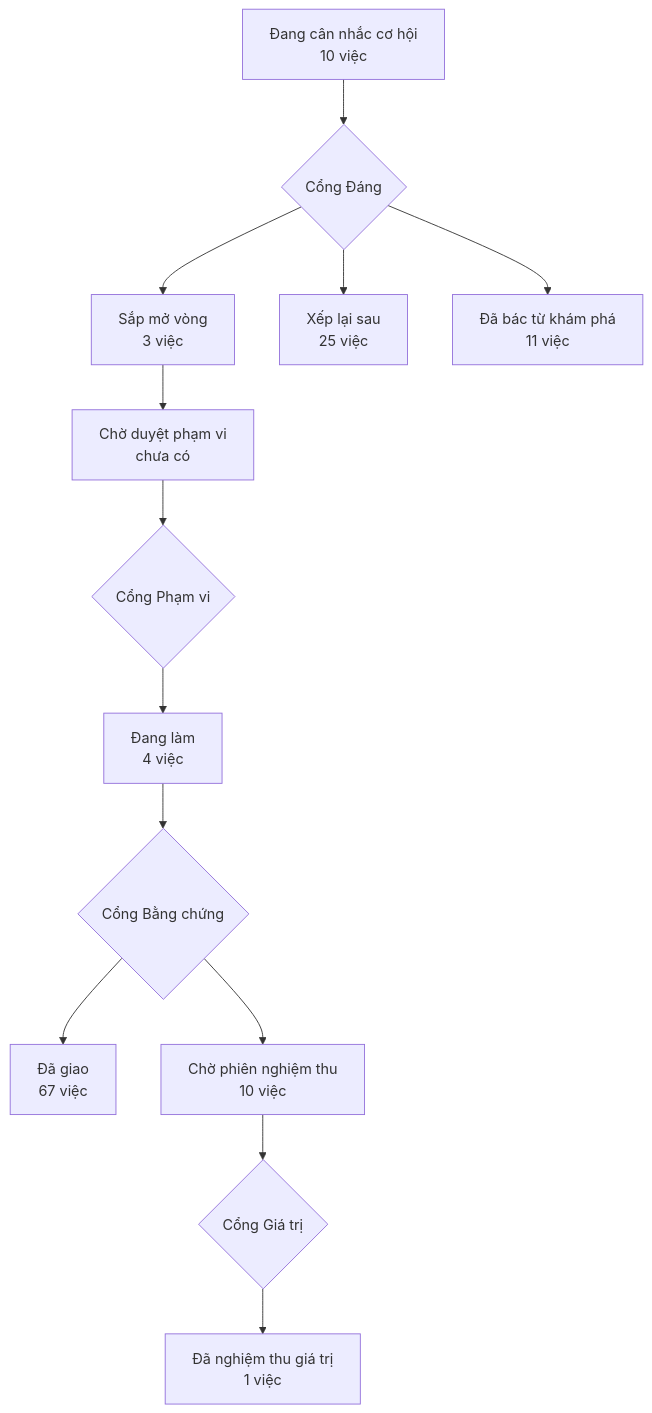
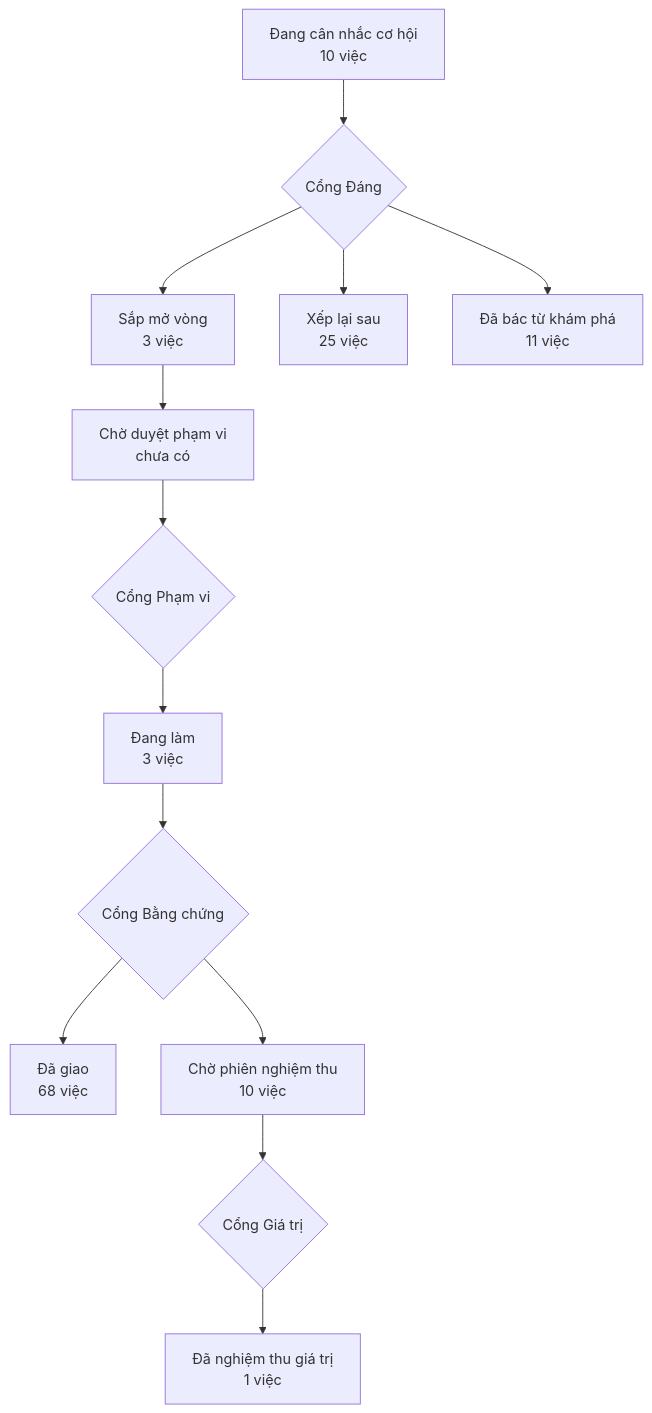
One commit to phanlemanh/acceptance-gate-kit changed the diagram in PRODUCT-MAP.md. Above: the diagram before and after it, drawn with Mermaid. The commit also changed 4 other files, not shown here.

````diff
--- a/PRODUCT-MAP.md
+++ b/PRODUCT-MAP.md
@@ -6,12 +6,12 @@
 ```mermaid
 flowchart TD
   A["Đang cân nhắc cơ hội<br/>10 việc"] --> GD{"Cổng Đáng"}
   GD --> B["Sắp mở vòng<br/>3 việc"]
   GD --> XL["Xếp lại sau<br/>25 việc"]
   GD --> DB["Đã bác từ khám phá<br/>11 việc"]
   B --> CD["Chờ duyệt phạm vi<br/>chưa có"] --> GP{"Cổng Phạm vi"}
-  GP --> DL["Đang làm<br/>4 việc"] --> GB{"Cổng Bằng chứng"}
-  GB --> DG["Đã giao<br/>67 việc"]
+  GP --> DL["Đang làm<br/>3 việc"] --> GB{"Cổng Bằng chứng"}
+  GB --> DG["Đã giao<br/>68 việc"]
   GB --> CN["Chờ phiên nghiệm thu<br/>10 việc"] --> GG{"Cổng Giá trị"}
   GG --> NT["Đã nghiệm thu giá trị<br/>1 việc"]
 ```
````
